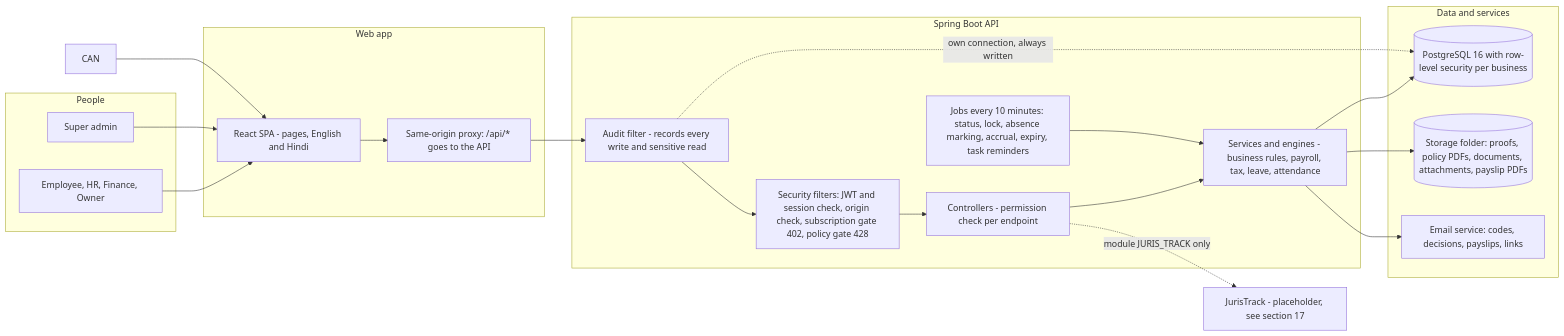
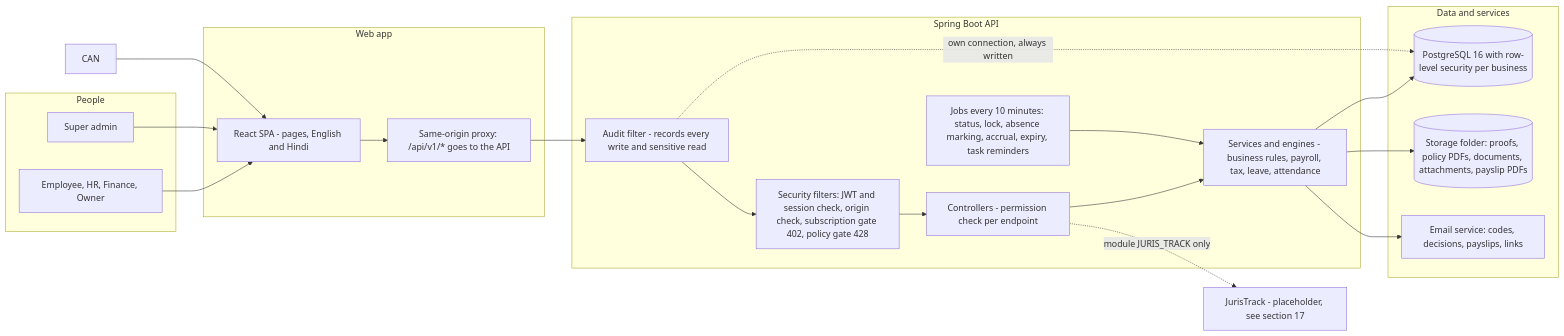
The first of 23 diagrams in references/FLOW-JurisOne.md (amitjurislpo/Juris-one), drawn with Mermaid before and after one commit. The commit also changed other lines of this file and 95 other files, not shown here.

````diff
--- a/references/FLOW-JurisOne.md
+++ b/references/FLOW-JurisOne.md
@@ -20,38 +20,38 @@
 ```mermaid
 flowchart LR
     subgraph Users["People"]
         EMP["Employee, HR, Finance, Owner"]
         SUP["Super admin"]
     end
     subgraph Web["Web app"]
         SPA["React SPA - pages, English and Hindi"]
-        PROXY["Same-origin proxy: /api/* goes to the API"]
+        PROXY["Same-origin proxy: /api/v1/* goes to the API"]
     end
     subgraph Api["Spring Boot API"]
         AUD["Audit filter - records every write and sensitive read"]
         SEC["Security filters: JWT and session check, origin check, subscription gate 402, policy gate 428"]
         CTL["Controllers - permission check per endpoint"]
         SVC["Services and engines - business rules, payroll, tax, leave, attendance"]
         JOBS["Jobs every 10 minutes: status, lock, absence marking, accrual, expiry, task reminders"]
     end
     subgraph Data["Data and services"]
         PG[("PostgreSQL 16 with row-level security per business")]
         FILES[("Storage folder: proofs, policy PDFs, documents, attachments, payslip PDFs")]
         MAIL["Email service: codes, decisions, payslips, links"]
     end
     EMP --> SPA
     SUP --> SPA
     CAN --> SPA
     SPA --> PROXY
     PROXY --> AUD
     AUD --> SEC
     SEC --> CTL
     CTL --> SVC
     SVC --> PG
     SVC --> FILES
     SVC --> MAIL
     JOBS --> SVC
     AUD -. "own connection, always written" .-> PG
     JT["JurisTrack - placeholder, see section 17"]
     CTL -. "module JURIS_TRACK only" .-> JT
 ```
````
